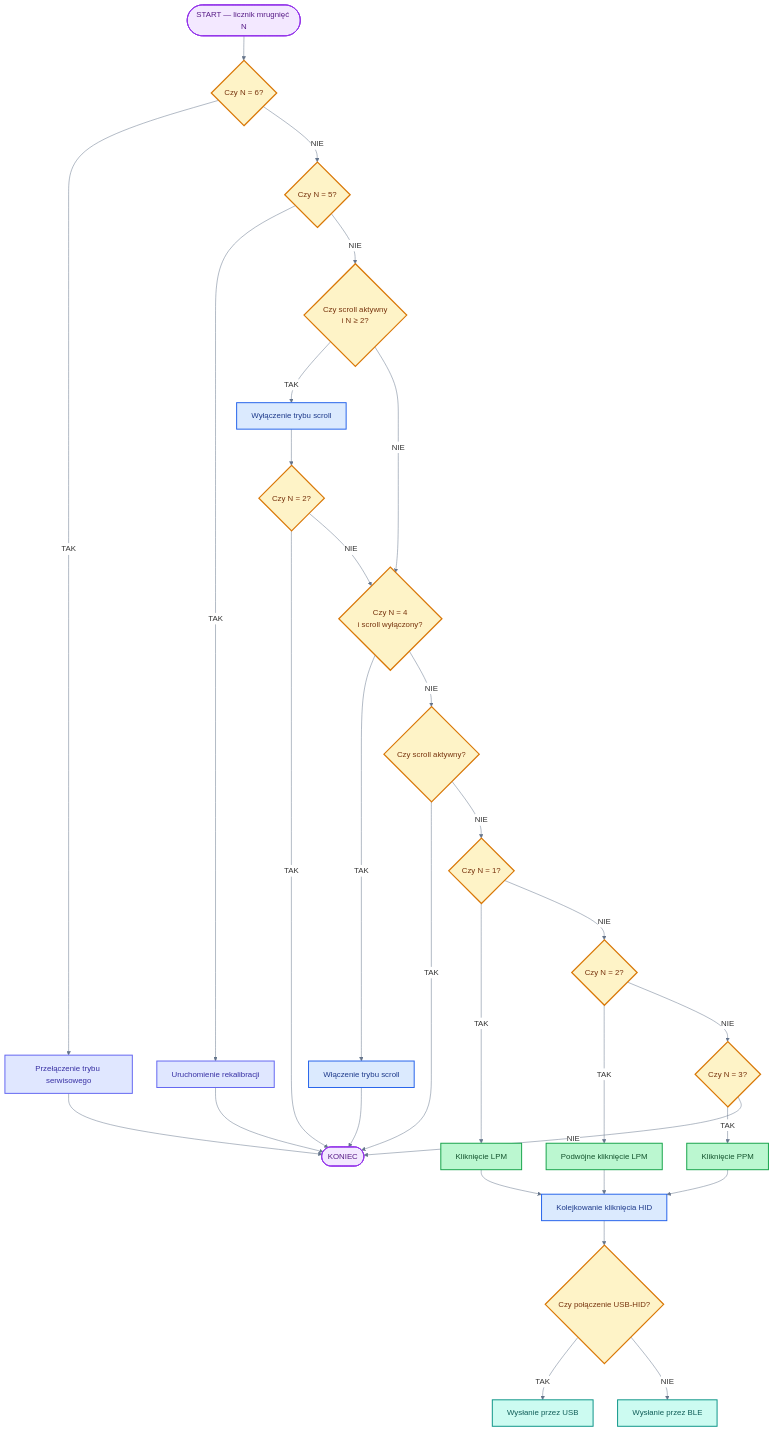
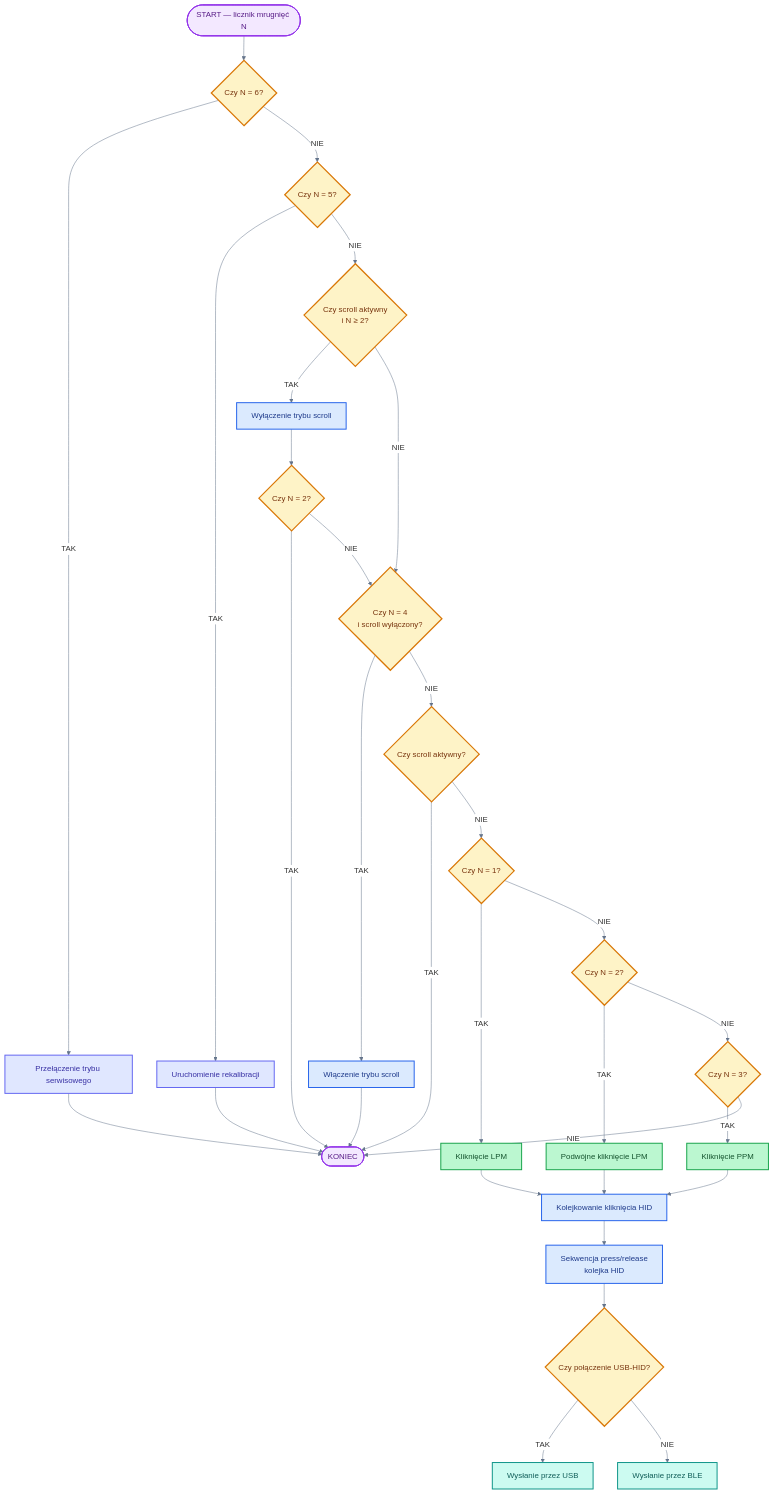
Before and after one commit to bartkadres-ai/HEFAS-4.0: the ninth of 10 diagrams in README.md, drawn with Mermaid. The commit also changed other lines of this file, not shown here.

````diff
--- a/README.md
+++ b/README.md
@@ -621,50 +622,51 @@
 ```mermaid
 %%{init: { 'theme': 'default', 'themeVariables': { 'darkMode': false, 'background': '#ffffff', 'mainBkg': '#ffffff', 'primaryColor': '#ffffff', 'secondaryColor': '#ffffff', 'tertiaryColor': '#ffffff', 'primaryTextColor': '#1e293b', 'secondaryTextColor': '#334155', 'lineColor': '#64748b', 'primaryBorderColor': '#94a3b8', 'clusterBkg': '#f1f5f9', 'clusterBorder': '#94a3b8', 'edgeLabelBackground': '#ffffff', 'noteBkgColor': '#f8fafc', 'noteTextColor': '#475569', 'fontFamily': 'arial' }}}%%
 flowchart TD
     P([START — licznik mrugnięć N]) --> S6{Czy N = 6?}
     S6 -->|TAK| DBG[Przełączenie trybu serwisowego]
     S6 -->|NIE| S5{Czy N = 5?}
     S5 -->|TAK| K5[Uruchomienie rekalibracji]
     S5 -->|NIE| SCR{Czy scroll aktywny<br/>i N ≥ 2?}
 
     SCR -->|TAK| SOFF[Wyłączenie trybu scroll]
     SOFF --> S2{Czy N = 2?}
     S2 -->|TAK| PEND([KONIEC])
     S2 -->|NIE| S4A
 
     SCR -->|NIE| S4A{Czy N = 4<br/>i scroll wyłączony?}
     S4A -->|TAK| SON[Włączenie trybu scroll]
     S4A -->|NIE| SCRC{Czy scroll aktywny?}
 
     SON --> PEND
     SCRC -->|TAK| PEND
     SCRC -->|NIE| N1{Czy N = 1?}
     N1 -->|TAK| LPM[Kliknięcie LPM]
     N1 -->|NIE| N2{Czy N = 2?}
     N2 -->|TAK| DBL[Podwójne kliknięcie LPM]
     N2 -->|NIE| N3{Czy N = 3?}
     N3 -->|TAK| PPM[Kliknięcie PPM]
     N3 -->|NIE| PEND
 
     LPM --> Q[Kolejkowanie kliknięcia HID]
     DBL --> Q
     PPM --> Q
-    Q --> U{Czy połączenie USB-HID?}
+    Q --> HIDSEQ[Sekwencja press/release<br/>kolejka HID]
+    HIDSEQ --> U{Czy połączenie USB-HID?}
     U -->|TAK| USBM[Wysłanie przez USB]
     U -->|NIE| BLEM[Wysłanie przez BLE]
     DBG --> PEND
     K5 --> PEND
 
     classDef startEnd fill:#f3e8ff,stroke:#9333ea,stroke-width:2px,color:#581c87
     classDef process fill:#dbeafe,stroke:#2563eb,stroke-width:2px,color:#1e3a8a
     classDef decision fill:#fef3c7,stroke:#d97706,stroke-width:2.5px,color:#78350f
     classDef connect fill:#ccfbf1,stroke:#0d9488,stroke-width:2px,color:#115e59
     classDef success fill:#bbf7d0,stroke:#16a34a,stroke-width:2px,color:#14532d
     classDef setup fill:#e0e7ff,stroke:#6366f1,stroke-width:2px,color:#3730a3
     class P,PEND startEnd
-    class SOFF,SON,Q process
+    class SOFF,SON,Q,HIDSEQ process
     class DBG,K5 setup
     class LPM,DBL,PPM success
     class S6,S5,SCR,S2,S4A,SCRC,N1,N2,N3,U decision
     class USBM,BLEM connect
 ```
````
